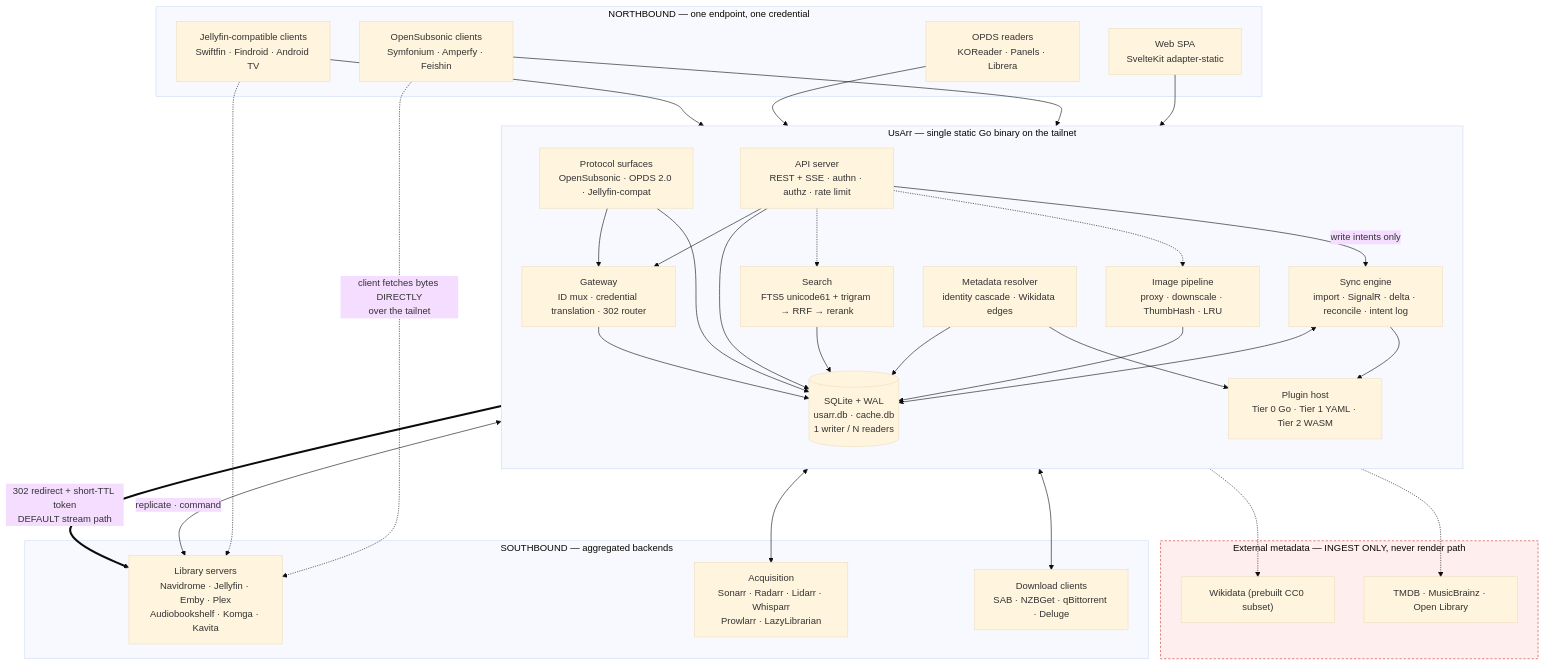
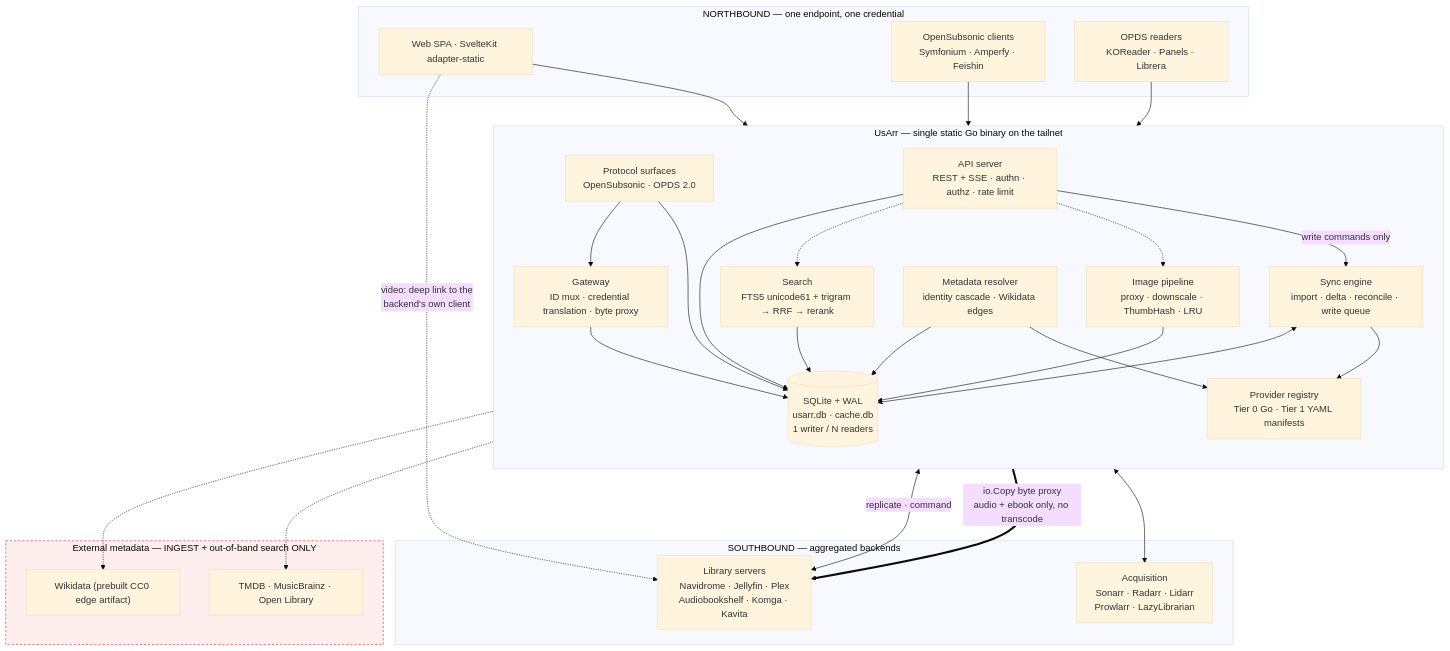
Before and after one commit to jdb3750/UsArr: the diagram in docs/ARCHITECTURE.md, drawn with Mermaid (base theme). The commit also changed other lines of this file and 12 other files, not shown here.

First line of the commit message:
docs: work-in-progress snapshot of architecture revision

````diff
--- a/docs/ARCHITECTURE.md
+++ b/docs/ARCHITECTURE.md
@@ -185,66 +177,54 @@
 ```mermaid
 flowchart TB
     subgraph north["NORTHBOUND — one endpoint, one credential"]
-        WEB["Web SPA<br/>SvelteKit adapter-static"]
+        WEB["Web SPA · SvelteKit adapter-static"]
         SUB["OpenSubsonic clients<br/>Symfonium · Amperfy · Feishin"]
         OPDSC["OPDS readers<br/>KOReader · Panels · Librera"]
-        JFC["Jellyfin-compatible clients<br/>Swiftfin · Findroid · Android TV"]
     end
-
     subgraph usarr["UsArr — single static Go binary on the tailnet"]
         direction TB
-        GW["Gateway<br/>ID mux · credential translation · 302 router"]
-        SRV["Protocol surfaces<br/>OpenSubsonic · OPDS 2.0 · Jellyfin-compat"]
+        GW["Gateway<br/>ID mux · credential translation · byte proxy"]
+        SRV["Protocol surfaces<br/>OpenSubsonic · OPDS 2.0"]
         API["API server<br/>REST + SSE · authn · authz · rate limit"]
         SEARCH["Search<br/>FTS5 unicode61 + trigram → RRF → rerank"]
         IMG["Image pipeline<br/>proxy · downscale · ThumbHash · LRU"]
-        SYNC["Sync engine<br/>import · SignalR · delta · reconcile · intent log"]
+        SYNC["Sync engine<br/>import · delta · reconcile · write queue"]
         META["Metadata resolver<br/>identity cascade · Wikidata edges"]
-        PLUG["Plugin host<br/>Tier 0 Go · Tier 1 YAML · Tier 2 WASM"]
+        PLUG["Provider registry<br/>Tier 0 Go · Tier 1 YAML manifests"]
         DB[("SQLite + WAL<br/>usarr.db · cache.db<br/>1 writer / N readers")]
     end
-
     subgraph south["SOUTHBOUND — aggregated backends"]
-        LIB["Library servers<br/>Navidrome · Jellyfin · Emby · Plex<br/>Audiobookshelf · Komga · Kavita"]
-        ARR["Acquisition<br/>Sonarr · Radarr · Lidarr · Whisparr<br/>Prowlarr · LazyLibrarian"]
-        DC["Download clients<br/>SAB · NZBGet · qBittorrent · Deluge"]
+        LIB["Library servers<br/>Navidrome · Jellyfin · Plex<br/>Audiobookshelf · Komga · Kavita"]
+        ARR["Acquisition<br/>Sonarr · Radarr · Lidarr<br/>Prowlarr · LazyLibrarian"]
     end
-
-    subgraph ext["External metadata — INGEST ONLY, never render path"]
-        WD["Wikidata (prebuilt CC0 subset)"]
+    subgraph ext["External metadata — INGEST + out-of-band search ONLY"]
+        WD["Wikidata (prebuilt CC0 edge artifact)"]
         PROV["TMDB · MusicBrainz · Open Library"]
     end
 
     WEB --> API
     SUB --> SRV
     OPDSC --> SRV
-    JFC --> SRV
     SRV --> GW
-    API --> GW
-
     API --> DB
     SRV --> DB
     SEARCH --> DB
     IMG --> DB
     GW --> DB
     API -.-> SEARCH
     API -.-> IMG
-    API -->|"write intents only"| SYNC
-
+    API -->|"write commands only"| SYNC
     SYNC <--> DB
     META --> DB
     SYNC --> PLUG
     META --> PLUG
     PLUG <-->|"replicate · command"| LIB
     PLUG <--> ARR
-    PLUG <--> DC
     META -.-> WD
     META -.-> PROV
-
-    GW ==>|"302 redirect + short-TTL token<br/>DEFAULT stream path"| LIB
-    SUB -.->|"client fetches bytes DIRECTLY<br/>over the tailnet"| LIB
-    JFC -.-> LIB
+    GW ==>|"io.Copy byte proxy<br/>audio + ebook only, no transcode"| LIB
+    WEB -.->|"video: deep link to the<br/>backend's own client"| LIB
 
     classDef never fill:#fee,stroke:#c33,stroke-dasharray:4 3
     class ext never
 ```
````
